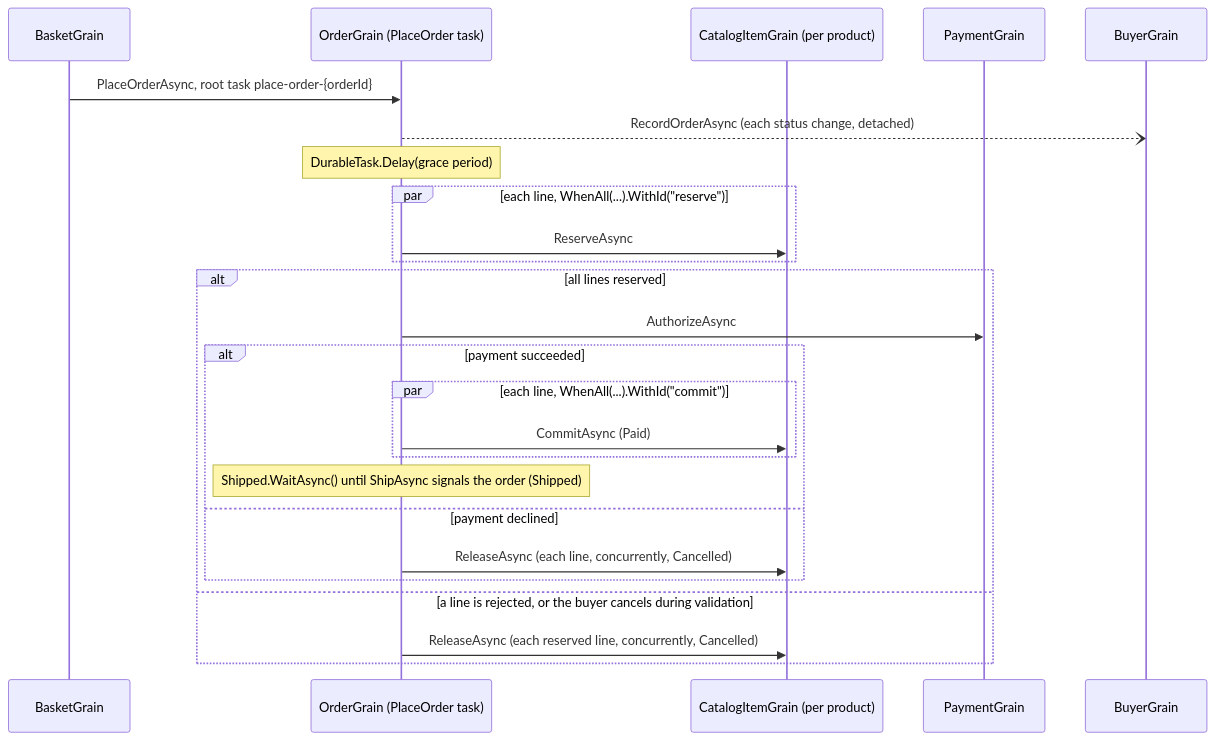
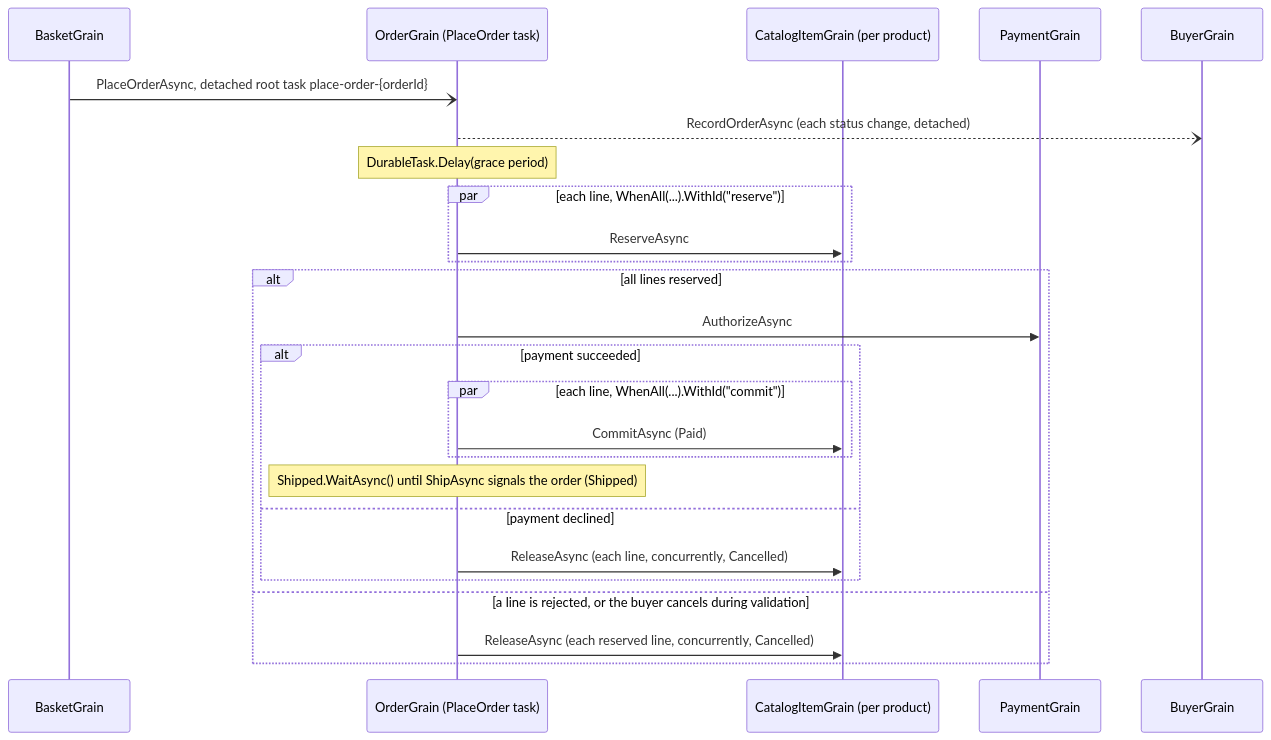
One commit to ReubenBond/orleans changed the diagram in playground/DurableOrderProcessing/README.md. Above: the diagram before and after it, drawn with Mermaid. The commit also changed other lines of this file and 3 other files, not shown here.

````diff
--- a/playground/DurableOrderProcessing/README.md
+++ b/playground/DurableOrderProcessing/README.md
@@ -16,27 +16,27 @@
 ```mermaid
 sequenceDiagram
     participant Basket as BasketGrain
     participant Order as OrderGrain (PlaceOrder task)
     participant Catalog as CatalogItemGrain (per product)
     participant Payment as PaymentGrain
     participant Buyer as BuyerGrain
-    Basket->>Order: PlaceOrderAsync, root task place-order-{orderId}
+    Basket-)Order: PlaceOrderAsync, detached root task place-order-{orderId}
     Order--)Buyer: RecordOrderAsync (each status change, detached)
     Note over Order: DurableTask.Delay(grace period)
     par each line, WhenAll(...).WithId("reserve")
         Order->>Catalog: ReserveAsync
     end
     alt all lines reserved
         Order->>Payment: AuthorizeAsync
         alt payment succeeded
             par each line, WhenAll(...).WithId("commit")
                 Order->>Catalog: CommitAsync (Paid)
             end
             Note over Order: Shipped.WaitAsync() until ShipAsync signals the order (Shipped)
         else payment declined
             Order->>Catalog: ReleaseAsync (each line, concurrently, Cancelled)
         end
     else a line is rejected, or the buyer cancels during validation
         Order->>Catalog: ReleaseAsync (each reserved line, concurrently, Cancelled)
     end
 ```
````
